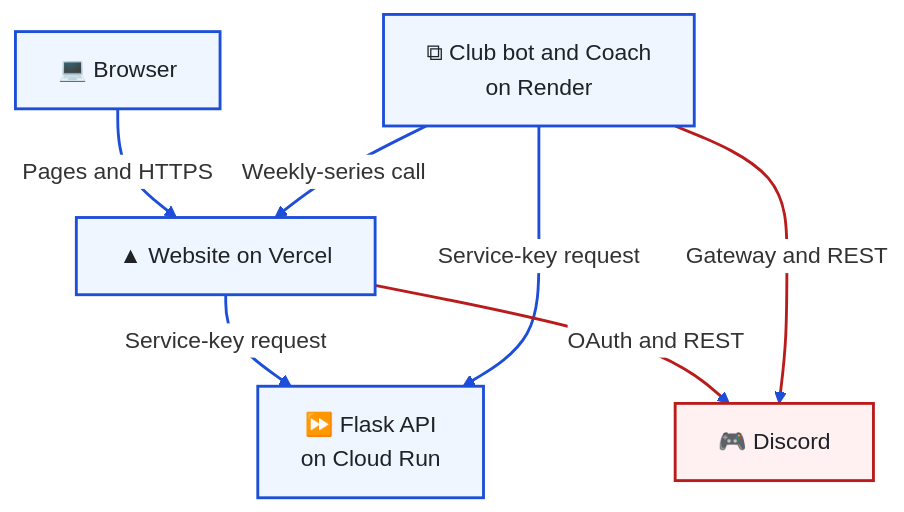
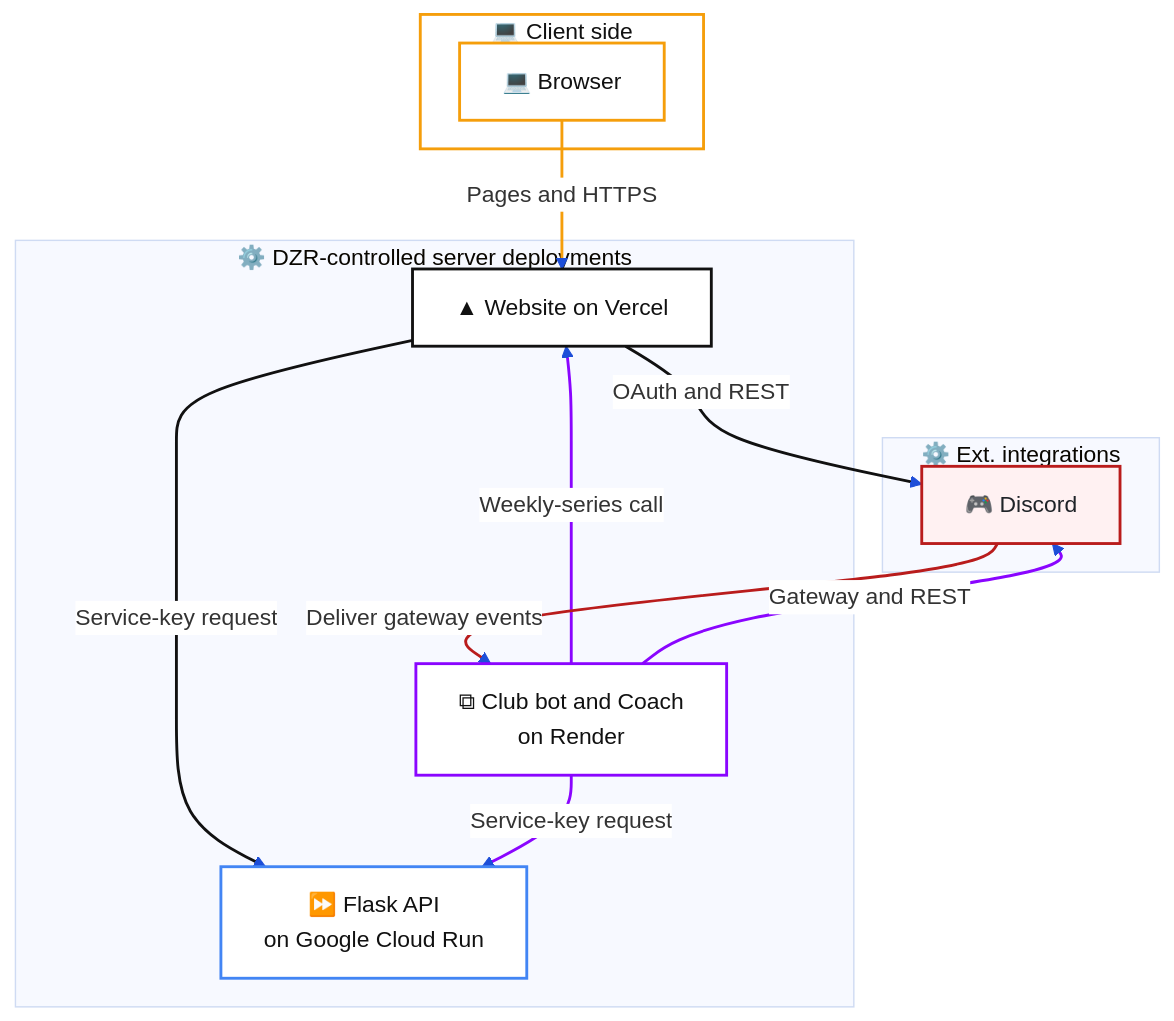
One commit to T00few2/dzr changed the second of 2 diagrams in docs/architecture/overview.md. Above: the diagram before and after it, drawn with Mermaid. The commit also changed other lines of this file and 12 other files, not shown here.

````diff
--- a/docs/architecture/overview.md
+++ b/docs/architecture/overview.md
@@ -58,24 +73,53 @@
 ```mermaid
 ---
 config:
   theme: base
   themeVariables:
     edgeLabelBackground: '#ffffff'
+  themeCSS: |
+    :is(&) { background: #ffffff; }
   flowchart:
     padding: 15
     nodeSpacing: 35
     rankSpacing: 40
 ---
 flowchart TB
-    browser["💻 Browser"] -->|Pages and HTTPS| web["▲ Website on Vercel"]
+    subgraph clientLayer["💻 Client side"]
+        browser["💻 Browser"]
+    end
+    subgraph serverLayer["⚙️ DZR-controlled server deployments"]
+        web["▲ Vercel website"]
+        bot["⧉ Render bot and Coach"]
+        api["⏩ Google Cloud Run API"]
+    end
+    subgraph externalLayer["⚙️ Ext. integrations"]
+        discord["🎮 Discord"]
+    end
+    browser -->|Pages and HTTPS| web["▲ Website on Vercel"]
     bot["⧉ Club bot and Coach<br/>on Render"] -->|Weekly-series call| web
-    web -->|Service-key request| api["⏩ Flask API<br/>on Cloud Run"]
+    web -->|Service-key request| api["⏩ Flask API<br/>on Google Cloud Run"]
     bot -->|Service-key request| api
     web -->|OAuth and REST| discord["🎮 Discord"]
     bot -->|Gateway and REST| discord
     classDef default fill:#eff6ff,stroke:#1d4ed8,stroke-width:2px,color:#1f2328
     classDef external fill:#fff1f2,stroke:#b91c1c,stroke-width:2px,color:#1f2328
     linkStyle default stroke:#1d4ed8,stroke-width:2px
+    discord -->|Deliver gateway events| bot
     class discord external
     linkStyle 4,5 stroke:#b91c1c,stroke-width:2px
+    classDef provider0 fill:#ffffff,stroke:#111111,stroke-width:2px,color:#111111
+    class web,web provider0
+    classDef provider1 fill:#ffffff,stroke:#8A05FF,stroke-width:2px,color:#111111
+    class bot,bot provider1
+    classDef provider2 fill:#ffffff,stroke:#4285F4,stroke-width:2px,color:#111111
+    class api,api provider2
+    classDef provider4 fill:#ffffff,stroke:#f59e0b,stroke-width:2px,color:#111111
+    class clientLayer,browser provider4
+    linkStyle 0 stroke:#f59e0b,stroke-width:2px
+    linkStyle 1 stroke:#8A05FF,stroke-width:2px
+    linkStyle 2 stroke:#111111,stroke-width:2px
+    linkStyle 3 stroke:#8A05FF,stroke-width:2px
+    linkStyle 4 stroke:#111111,stroke-width:2px
+    linkStyle 5 stroke:#8A05FF,stroke-width:2px
+    linkStyle 6 stroke:#b91c1c,stroke-width:2px
 ```
````
